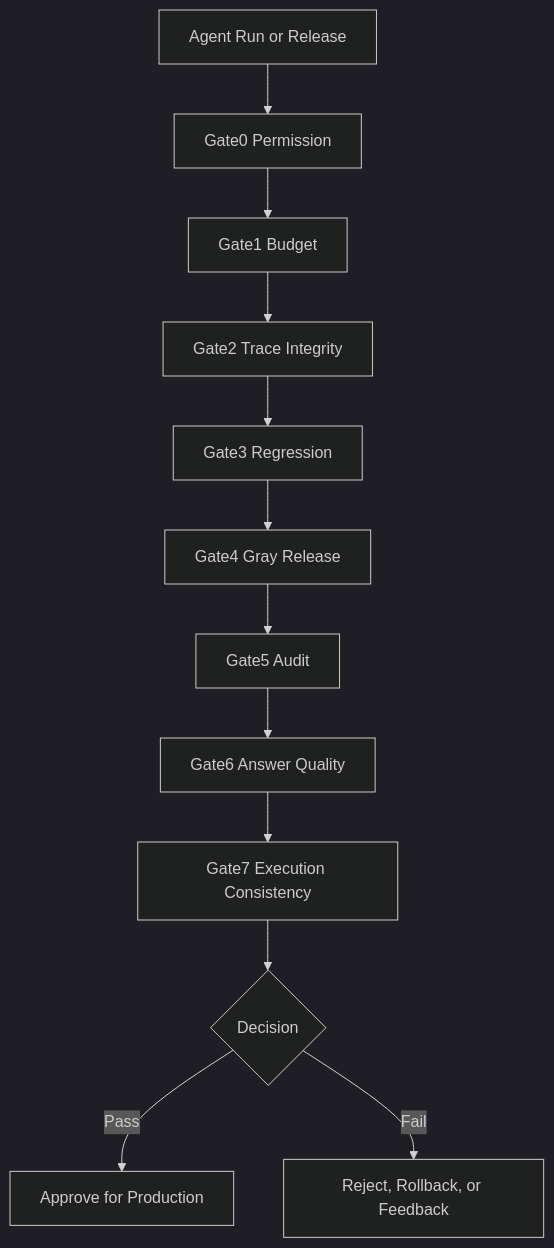
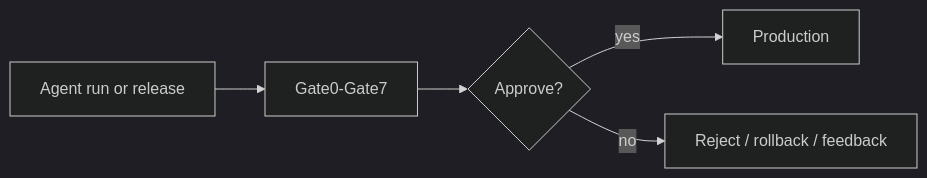
The diagram in README.md (fangzheng698-lang/agent-prod), drawn with Mermaid (dark theme) before and after one commit. The commit also changed other lines of this file and 8 other files, not shown here.

````diff
--- a/README.md
+++ b/README.md
@@ -23,14 +30,7 @@
 ```mermaid
-flowchart TD
-    A[Agent Run or Release] --> G0[Gate0 Permission]
-    G0 --> G1[Gate1 Budget]
-    G1 --> G2[Gate2 Trace Integrity]
-    G2 --> G3[Gate3 Regression]
-    G3 --> G4[Gate4 Gray Release]
-    G4 --> G5[Gate5 Audit]
-    G5 --> G6[Gate6 Answer Quality]
-    G6 --> G7[Gate7 Execution Consistency]
-    G7 --> D{Decision}
-    D -->|Pass| P[Approve for Production]
-    D -->|Fail| R[Reject, Rollback, or Feedback]
+flowchart LR
+    A[Agent run or release] --> B[Gate0-Gate7]
+    B --> C{Approve?}
+    C -->|yes| D[Production]
+    C -->|no| E[Reject / rollback / feedback]
 ```
````
